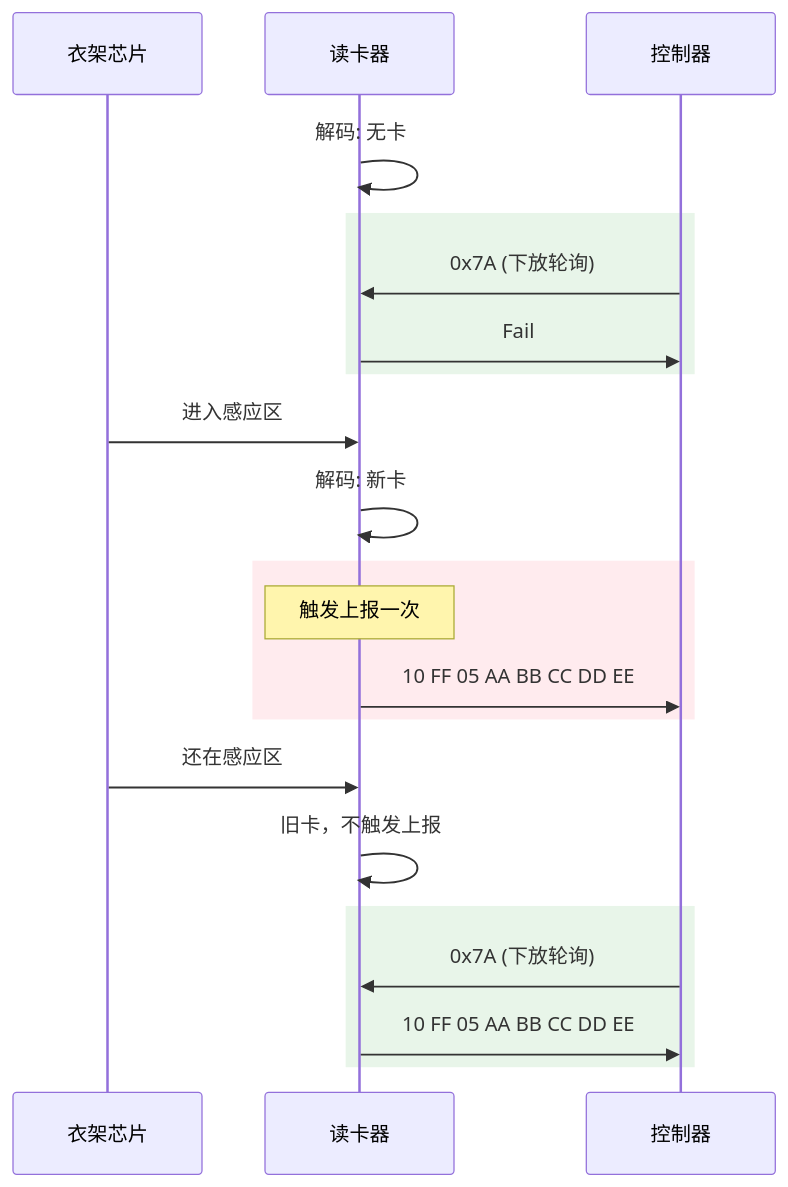
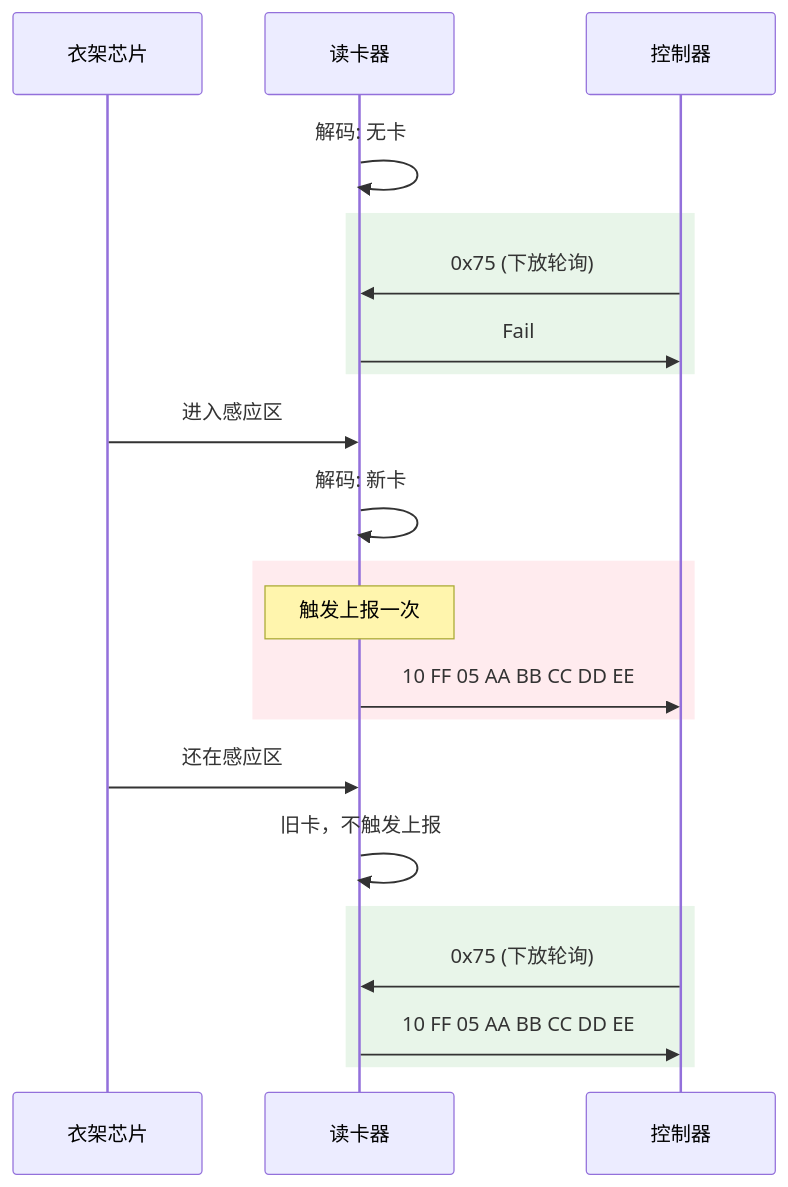
The third of 8 diagrams in 工作/[[SR3读卡器]]/260804SR3框架整理.md (Siaiai/ObsidianNote), drawn with Mermaid before and after one commit. The commit also changed other lines of this file and 3 other files, not shown here.

````diff
--- a/工作/[[SR3读卡器]]/260804SR3框架整理.md
+++ b/工作/[[SR3读卡器]]/260804SR3框架整理.md
@@ -227,29 +224,29 @@
 ```mermaid
 sequenceDiagram
     participant 衣架芯片
     participant 读卡器
     participant 控制器
 
     读卡器->>读卡器: 解码: 无卡
 
     rect rgb(232, 245, 233)
-        控制器->>读卡器: 0x7A (下放轮询)
+        控制器->>读卡器: 0x75 (下放轮询)
         读卡器->>控制器: Fail
     end
 
     衣架芯片->>读卡器: 进入感应区
     读卡器->>读卡器: 解码: 新卡
 
     rect rgb(255, 235, 238)
         Note over 读卡器: 触发上报一次
         读卡器->>控制器: 10 FF 05 AA BB CC DD EE
     end
 
     衣架芯片->>读卡器: 还在感应区
     读卡器->>读卡器: 旧卡，不触发上报
 
     rect rgb(232, 245, 233)
-        控制器->>读卡器: 0x7A (下放轮询)
+        控制器->>读卡器: 0x75 (下放轮询)
         读卡器->>控制器: 10 FF 05 AA BB CC DD EE
     end
 ```
````
